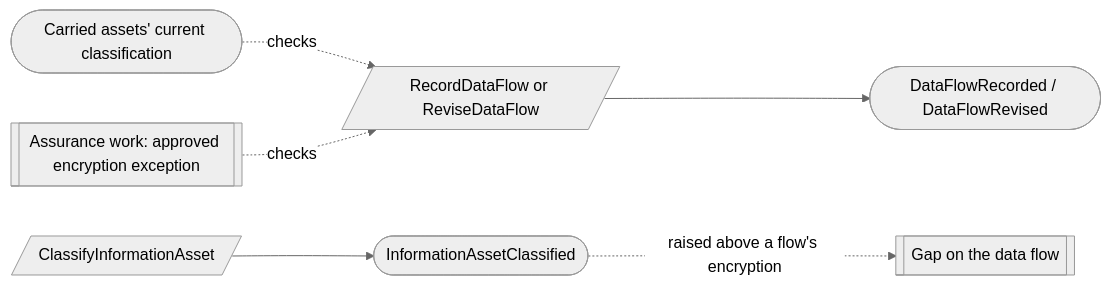
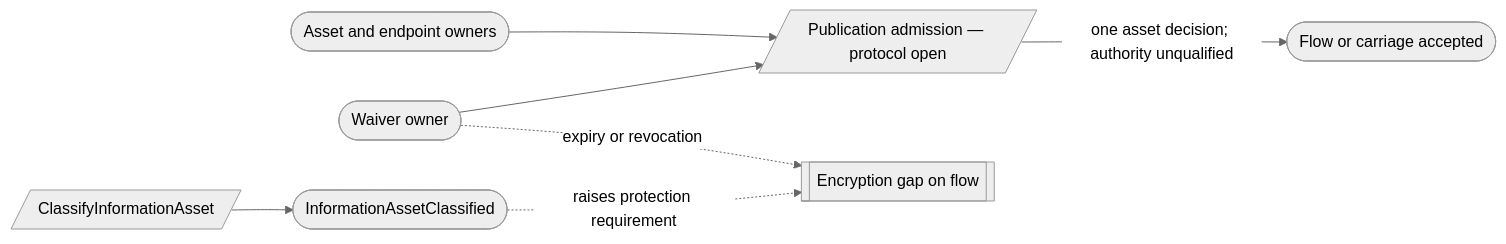
One commit to bdgrz/compliance-core changed the diagram in docs/proposed/contexts/technology-and-information-inventory.md. Above: the diagram before and after it, drawn with Mermaid (neutral theme). The commit also changed other lines of this file and 1812 other files, not shown here.

````diff
--- a/docs/proposed/contexts/technology-and-information-inventory.md
+++ b/docs/proposed/contexts/technology-and-information-inventory.md
@@ -184,8 +275,9 @@
 ```mermaid
 flowchart LR
-    A([Carried assets' current classification]) -. checks .-> C1
-    X1[[Assurance work: approved encryption exception]] -. checks .-> C1
-    C1[/RecordDataFlow or ReviseDataFlow/] --> E1([DataFlowRecorded / DataFlowRevised])
-    C2[/ClassifyInformationAsset/] --> E2([InformationAssetClassified])
-    E2 -. "raised above a flow's encryption" .-> G1[[Gap on the data flow]]
+    A([Asset and endpoint owners]) --> P[/Publication admission — protocol open/]
+    W([Waiver owner]) --> P
+    P -->|one asset decision; authority unqualified| F([Flow or carriage accepted])
+    C[/ClassifyInformationAsset/] --> E([InformationAssetClassified])
+    E -. "raises protection requirement" .-> G[[Encryption gap on flow]]
+    W -. "expiry or revocation" .-> G
 ```
````
